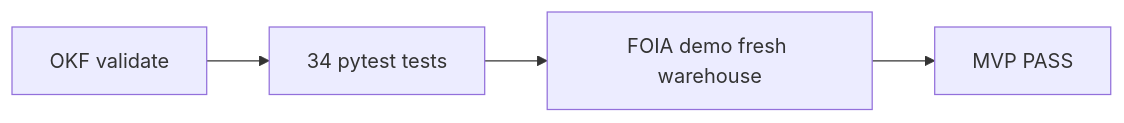
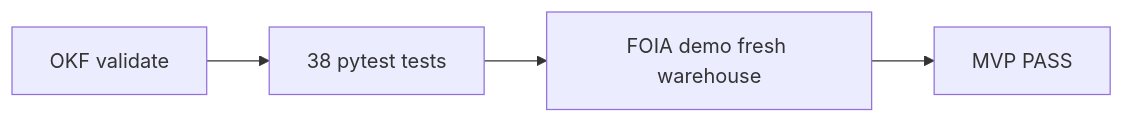
One commit to khaosans/operator-etl changed the second of 2 diagrams in docs/GETTING-STARTED.md. Above: the diagram before and after it, drawn with Mermaid. The commit also changed other lines of this file and 44 other files, not shown here.

````diff
--- a/docs/GETTING-STARTED.md
+++ b/docs/GETTING-STARTED.md
@@ -83,6 +83,6 @@
 ```mermaid
 flowchart LR
-  OKF[OKF validate] --> pytest[34 pytest tests]
+  OKF[OKF validate] --> pytest[38 pytest tests]
   pytest --> demo[FOIA demo fresh warehouse]
   demo --> pass[MVP PASS]
 ```
````
